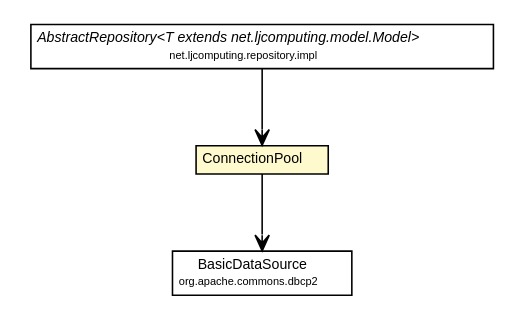
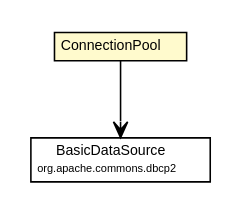
One commit to willmorejg/net.ljcomputing.persistence changed the diagram in docs/javadoc/apidocs/net/ljcomputing/persistence/impl/ConnectionPool.dot. Above: the diagram before and after it, drawn with Graphviz. The commit also changed 58 other files, not shown here.

```diff
--- a/docs/javadoc/apidocs/net/ljcomputing/persistence/impl/ConnectionPool.dot
+++ b/docs/javadoc/apidocs/net/ljcomputing/persistence/impl/ConnectionPool.dot
@@ -1,36 +1,27 @@
 #!/usr/local/bin/dot
 #
 # Class diagram 
 # Generated by UMLGraph version R5_6 (http://www.umlgraph.org/)
 #
 
 digraph G {
 	edge [fontname="Helvetica",fontsize=10,labelfontname="Helvetica",labelfontsize=10];
 	node [fontname="Helvetica",fontsize=10,shape=plaintext];
 	nodesep=0.25;
 	ranksep=0.5;
-	// net.ljcomputing.repository.impl.AbstractRepository<T extends net.ljcomputing.model.Model>
-	c63 [label=<<table title="net.ljcomputing.repository.impl.AbstractRepository" border="0" cellborder="1" cellspacing="0" cellpadding="2" port="p" href="../../repository/impl/AbstractRepository.html">
-		<tr><td><table border="0" cellspacing="0" cellpadding="1">
-<tr><td align="center" balign="center"><font face="Helvetica-Oblique"> AbstractRepository&lt;T extends net.ljcomputing.model.Model&gt; </font></td></tr>
-<tr><td align="center" balign="center"><font point-size="7.0"> net.ljcomputing.repository.impl </font></td></tr>
-		</table></td></tr>
-		</table>>, URL="../../repository/impl/AbstractRepository.html", fontname="Helvetica", fontcolor="black", fontsize=9.0];
 	// net.ljcomputing.persistence.impl.ConnectionPool
 	c65 [label=<<table title="net.ljcomputing.persistence.impl.ConnectionPool" border="0" cellborder="1" cellspacing="0" cellpadding="2" port="p" bgcolor="lemonChiffon" href="./ConnectionPool.html">
 		<tr><td><table border="0" cellspacing="0" cellpadding="1">
 <tr><td align="center" balign="center"> ConnectionPool </td></tr>
 		</table></td></tr>
 		</table>>, URL="./ConnectionPool.html", fontname="Helvetica", fontcolor="black", fontsize=9.0];
-	// net.ljcomputing.repository.impl.AbstractRepository<T extends net.ljcomputing.model.Model> NAVASSOC net.ljcomputing.persistence.impl.ConnectionPool
-	c63:p -> c65:p [taillabel="", label="", headlabel="", fontname="Helvetica", fontcolor="black", fontsize=10.0, color="black", arrowhead=open];
 	// net.ljcomputing.persistence.impl.ConnectionPool NAVASSOC org.apache.commons.dbcp2.BasicDataSource
 	c65:p -> c85:p [taillabel="", label="", headlabel="", fontname="Helvetica", fontcolor="black", fontsize=10.0, color="black", arrowhead=open];
 	// org.apache.commons.dbcp2.BasicDataSource
 	c85 [label=<<table title="org.apache.commons.dbcp2.BasicDataSource" border="0" cellborder="1" cellspacing="0" cellpadding="2" port="p" href="http://commons.apache.org/proper/commons-dbcp/apidocs/org/apache/commons/dbcp2/BasicDataSource.html">
 		<tr><td><table border="0" cellspacing="0" cellpadding="1">
 <tr><td align="center" balign="center"> BasicDataSource </td></tr>
 <tr><td align="center" balign="center"><font point-size="7.0"> org.apache.commons.dbcp2 </font></td></tr>
 		</table></td></tr>
 		</table>>, URL="http://commons.apache.org/proper/commons-dbcp/apidocs/org/apache/commons/dbcp2/BasicDataSource.html", fontname="Helvetica", fontcolor="black", fontsize=9.0];
 }
```
